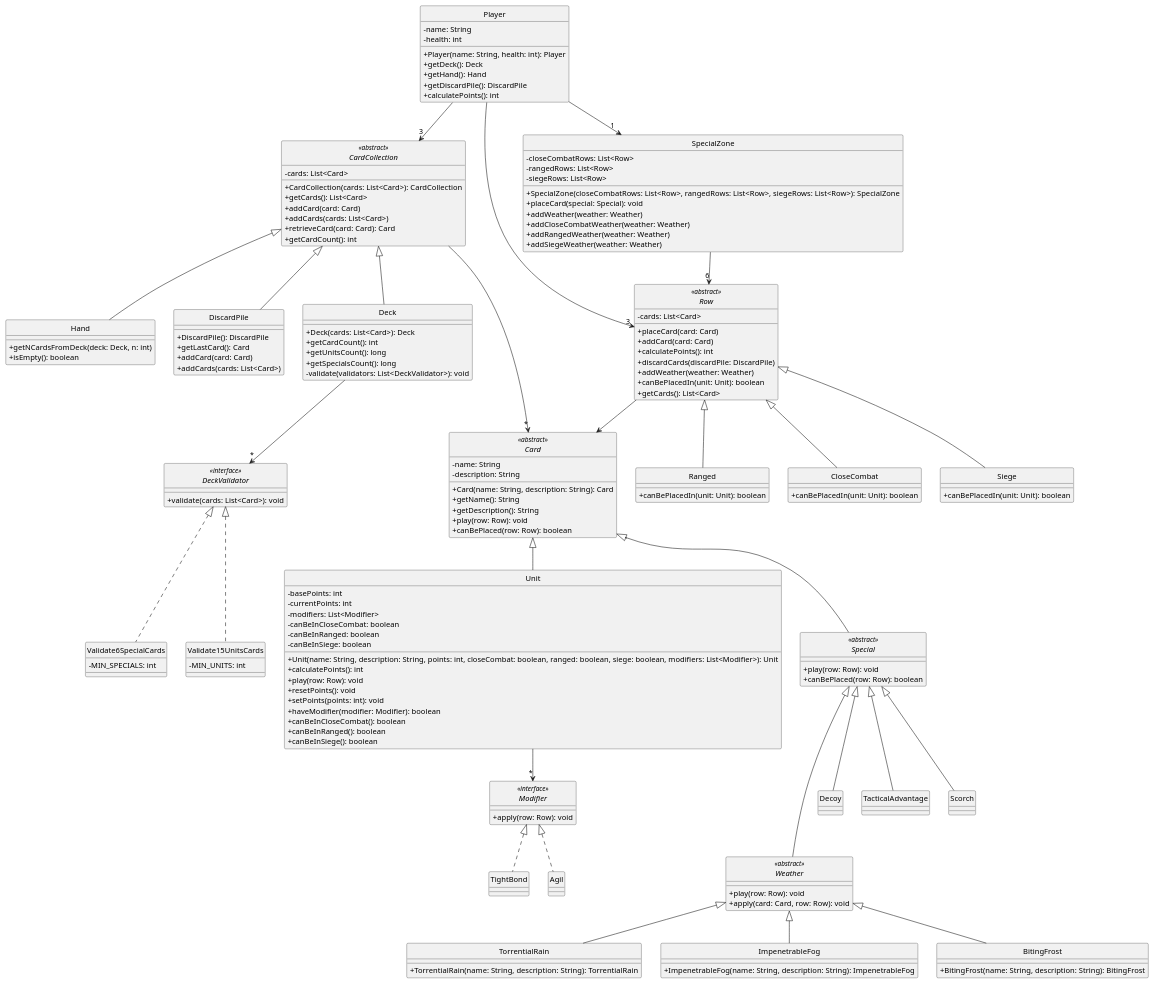
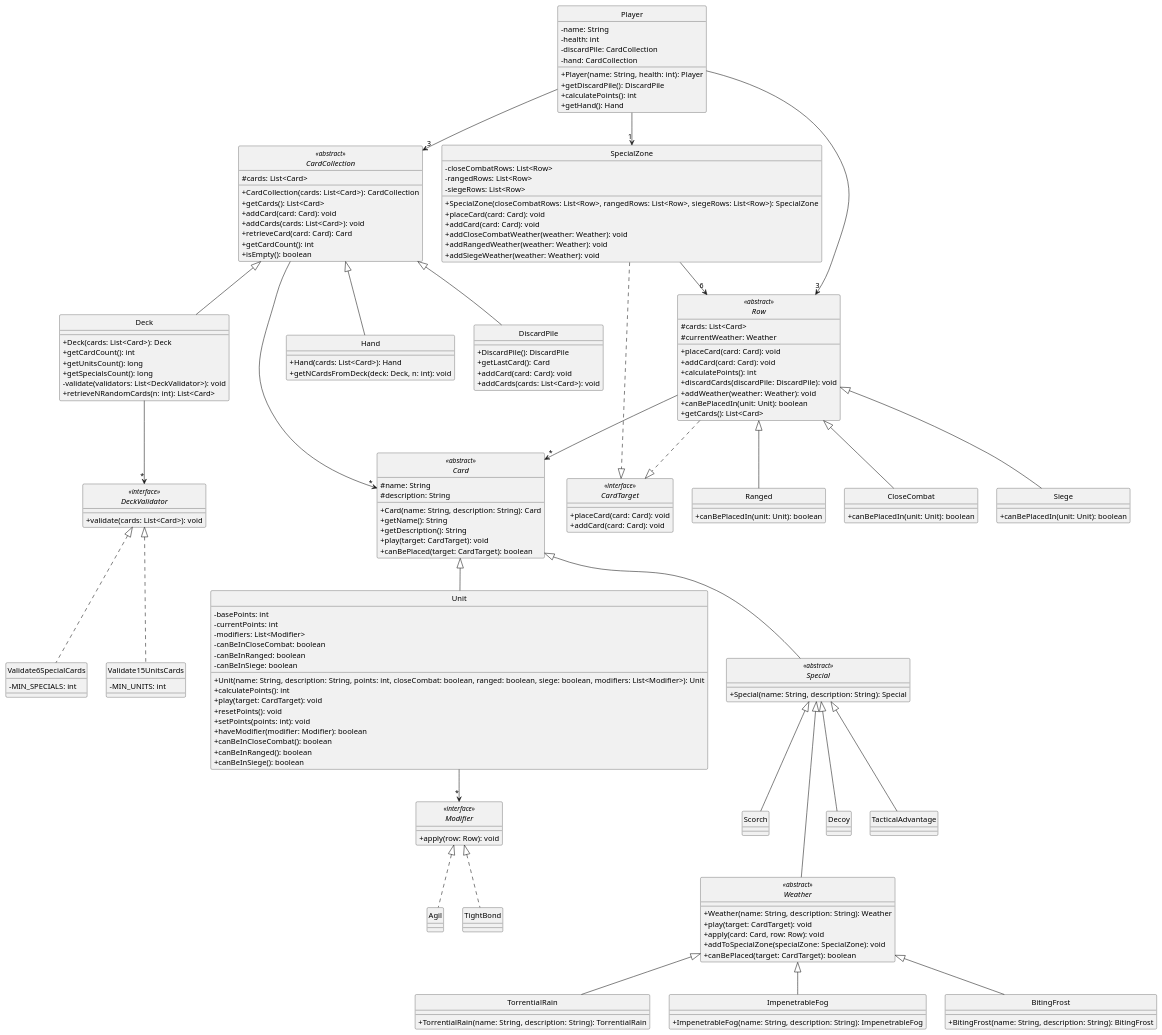
The diagram in diagrams/classes/general.plantuml (Yonhir/algo3_proyecto_base_tp2), drawn with PlantUML before and after one commit. The commit also changed 5 other files, not shown here.

```diff
--- a/diagrams/classes/general.plantuml
+++ b/diagrams/classes/general.plantuml
@@ -10,33 +10,40 @@
 class Player {
   -name: String
   -health: int
+  -discardPile: CardCollection
+  -hand: CardCollection
   +Player(name: String, health: int): Player
-  +getDeck(): Deck
-  +getHand(): Hand
   +getDiscardPile(): DiscardPile
   +calculatePoints(): int
+  +getHand(): Hand
+}
+
+interface CardTarget <<interface>> {
+  +placeCard(card: Card): void
+  +addCard(card: Card): void
 }
 
 abstract class CardCollection <<abstract>> {
-  -cards: List<Card>
+  #cards: List<Card>
   +CardCollection(cards: List<Card>): CardCollection
   +getCards(): List<Card>
-  +addCard(card: Card)
-  +addCards(cards: List<Card>)
+  +addCard(card: Card): void
+  +addCards(cards: List<Card>): void
   +retrieveCard(card: Card): Card
   +getCardCount(): int
+  +isEmpty(): boolean
 }
 
 class Hand {
-  +getNCardsFromDeck(deck: Deck, n: int)
-  +isEmpty(): boolean
+  +Hand(cards: List<Card>): Hand
+  +getNCardsFromDeck(deck: Deck, n: int): void
 }
 
 class DiscardPile {
   +DiscardPile(): DiscardPile
   +getLastCard(): Card
-  +addCard(card: Card)
-  +addCards(cards: List<Card>)
+  +addCard(card: Card): void
+  +addCards(cards: List<Card>): void
 }
 
 class Deck {
@@ -45,6 +52,7 @@
   +getUnitsCount(): long
   +getSpecialsCount(): long
   -validate(validators: List<DeckValidator>): void
+  +retrieveNRandomCards(n: int): List<Card>
 }
 
 interface DeckValidator <<interface>> {
@@ -60,12 +68,13 @@
 }
 
 abstract class Row <<abstract>> {
-  -cards: List<Card>
-  +placeCard(card: Card)
-  +addCard(card: Card)
+  #cards: List<Card>
+  #currentWeather: Weather
+  +placeCard(card: Card): void
+  +addCard(card: Card): void
   +calculatePoints(): int
-  +discardCards(discardPile: DiscardPile)
-  +addWeather(weather: Weather)
+  +discardCards(discardPile: DiscardPile): void
+  +addWeather(weather: Weather): void
   +canBePlacedIn(unit: Unit): boolean
   +getCards(): List<Card>
 }
@@ -87,21 +96,21 @@
   -rangedRows: List<Row>
   -siegeRows: List<Row>
   +SpecialZone(closeCombatRows: List<Row>, rangedRows: List<Row>, siegeRows: List<Row>): SpecialZone
-  +placeCard(special: Special): void
-  +addWeather(weather: Weather)
-  +addCloseCombatWeather(weather: Weather)
-  +addRangedWeather(weather: Weather)
-  +addSiegeWeather(weather: Weather)
+  +placeCard(card: Card): void
+  +addCard(card: Card): void
+  +addCloseCombatWeather(weather: Weather): void
+  +addRangedWeather(weather: Weather): void
+  +addSiegeWeather(weather: Weather): void
 }
 
 abstract class Card <<abstract>> {
-  -name: String
-  -description: String
+  #name: String
+  #description: String
   +Card(name: String, description: String): Card
   +getName(): String
   +getDescription(): String
-  +play(row: Row): void
-  +canBePlaced(row: Row): boolean
+  +play(target: CardTarget): void
+  +canBePlaced(target: CardTarget): boolean
 }
 
 class Unit {
@@ -113,7 +122,7 @@
   -canBeInSiege: boolean
   +Unit(name: String, description: String, points: int, closeCombat: boolean, ranged: boolean, siege: boolean, modifiers: List<Modifier>): Unit
   +calculatePoints(): int
-  +play(row: Row): void
+  +play(target: CardTarget): void
   +resetPoints(): void
   +setPoints(points: int): void
   +haveModifier(modifier: Modifier): boolean
@@ -123,8 +132,7 @@
 }
 
 abstract class Special <<abstract>> {
-  +play(row: Row): void
-  +canBePlaced(row: Row): boolean
+  +Special(name: String, description: String): Special
 }
 
 interface Modifier <<interface>> {
@@ -138,8 +146,11 @@
 }
 
 abstract class Weather <<abstract>> {
-  +play(row: Row): void
+  +Weather(name: String, description: String): Weather
+  +play(target: CardTarget): void
   +apply(card: Card, row: Row): void
+  +addToSpecialZone(specialZone: SpecialZone): void
+  +canBePlaced(target: CardTarget): boolean
 }
 
 class TorrentialRain {
@@ -181,7 +192,9 @@
 Row <|-- CloseCombat
 Row <|-- Siege
 
-Row --> Card
+Row --> "*" Card
+Row ..|> CardTarget
+SpecialZone ..|> CardTarget
 
 Card <|-- Unit
 Card <|-- Special
```
